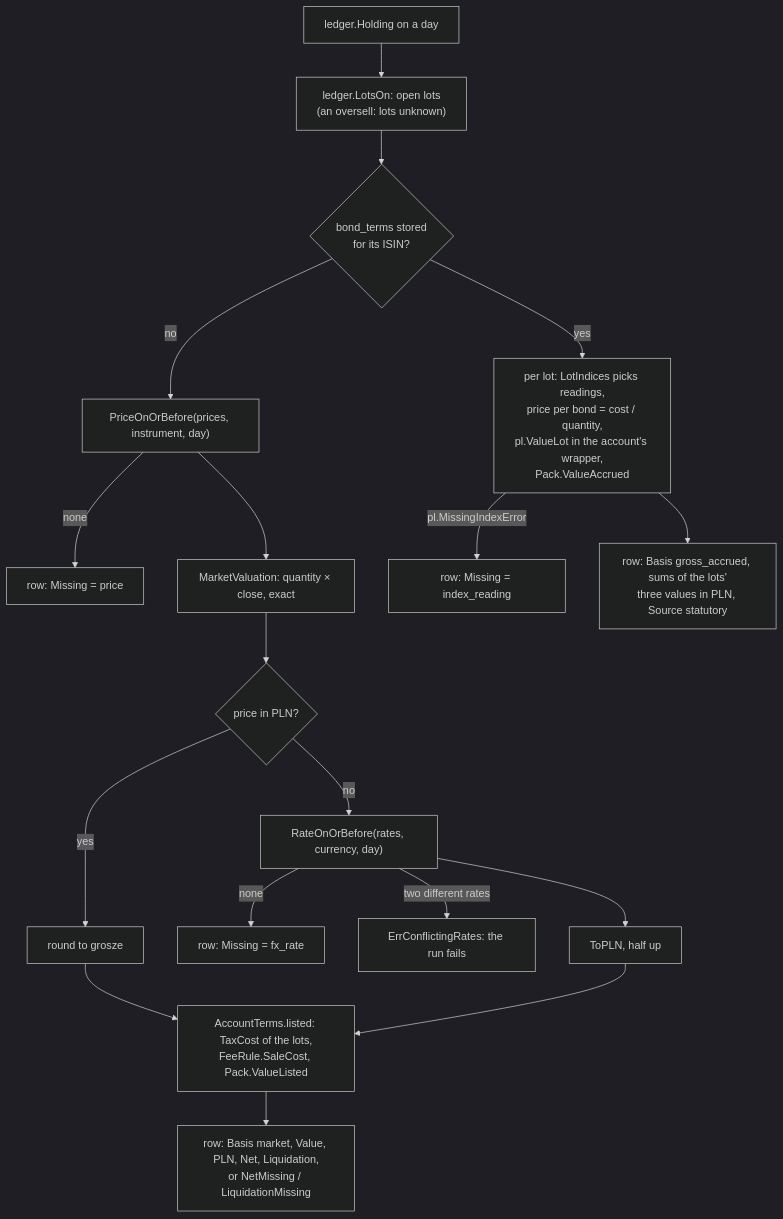
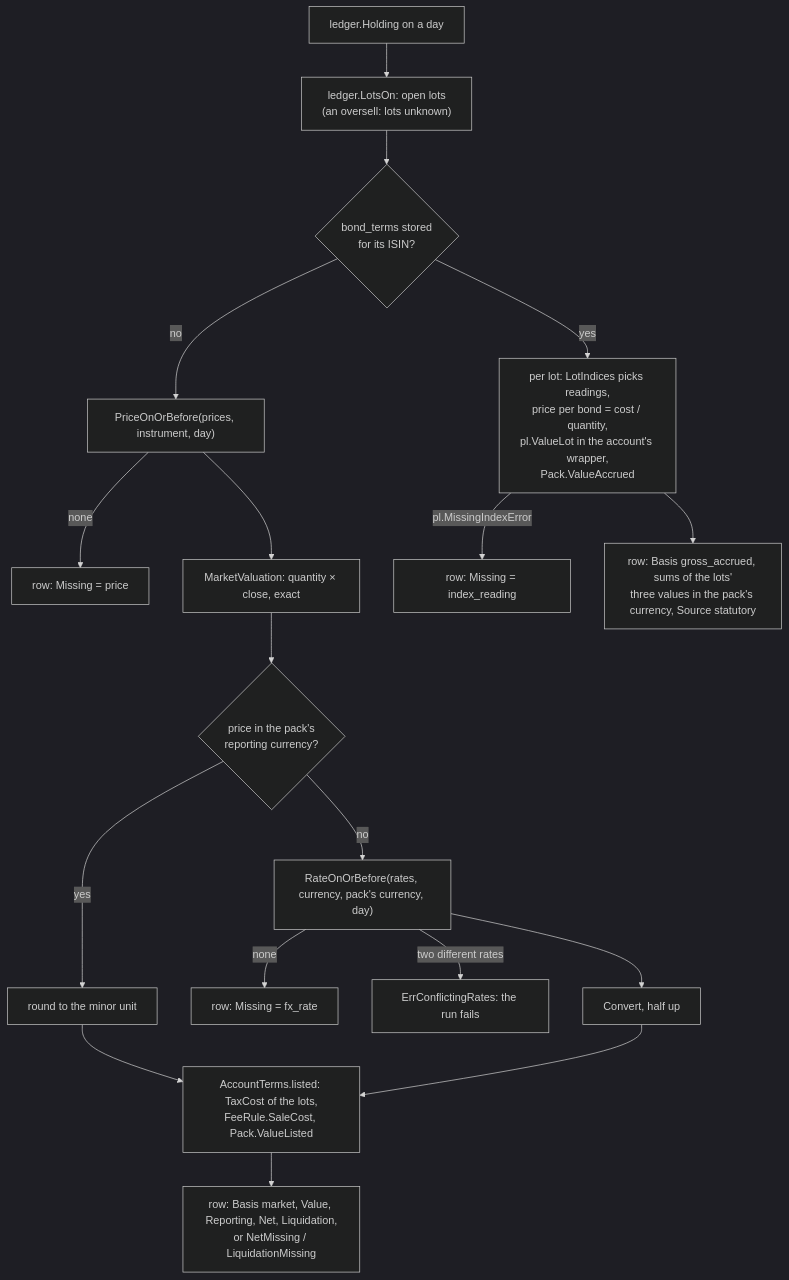
Before and after one commit to arkadiuss/openfief: the first of 7 diagrams in docs/concepts/valuation.md, drawn with Mermaid (dark theme). The commit also changed other lines of this file and 218 other files, not shown here.

````diff
--- a/docs/concepts/valuation.md
+++ b/docs/concepts/valuation.md
@@ -120,20 +120,20 @@
 ```mermaid
 flowchart TD
   h["ledger.Holding on a day"] --> lots["ledger.LotsOn: open lots<br/>(an oversell: lots unknown)"]
   lots --> bond{"bond_terms stored<br/>for its ISIN?"}
   bond -- no --> po["PriceOnOrBefore(prices, instrument, day)"]
   po -- "none" --> mp["row: Missing = price"]
   po --> mv["MarketValuation: quantity × close, exact"]
-  mv --> isPLN{"price in PLN?"}
-  isPLN -- yes --> rnd["round to grosze"]
-  isPLN -- no --> rate["RateOnOrBefore(rates, currency, day)"]
+  mv --> isPLN{"price in the pack's<br/>reporting currency?"}
+  isPLN -- yes --> rnd["round to the minor unit"]
+  isPLN -- no --> rate["RateOnOrBefore(rates, currency, pack's currency, day)"]
   rate -- "none" --> mf["row: Missing = fx_rate"]
   rate -- "two different rates" --> err["ErrConflictingRates: the run fails"]
-  rate --> topln["ToPLN, half up"]
+  rate --> topln["Convert, half up"]
   rnd --> terms
   topln --> terms["AccountTerms.listed: TaxCost of the lots,<br/>FeeRule.SaleCost, Pack.ValueListed"]
-  terms --> mrow["row: Basis market, Value, PLN, Net, Liquidation,<br/>or NetMissing / LiquidationMissing"]
+  terms --> mrow["row: Basis market, Value, Reporting, Net, Liquidation,<br/>or NetMissing / LiquidationMissing"]
   bond -- yes --> each["per lot: LotIndices picks readings,<br/>price per bond = cost / quantity,<br/>pl.ValueLot in the account's wrapper,<br/>Pack.ValueAccrued"]
   each -- "pl.MissingIndexError" --> mi["row: Missing = index_reading"]
-  each --> brow["row: Basis gross_accrued, sums of the lots'<br/>three values in PLN, Source statutory"]
+  each --> brow["row: Basis gross_accrued, sums of the lots'<br/>three values in the pack's currency, Source statutory"]
 ```
````
